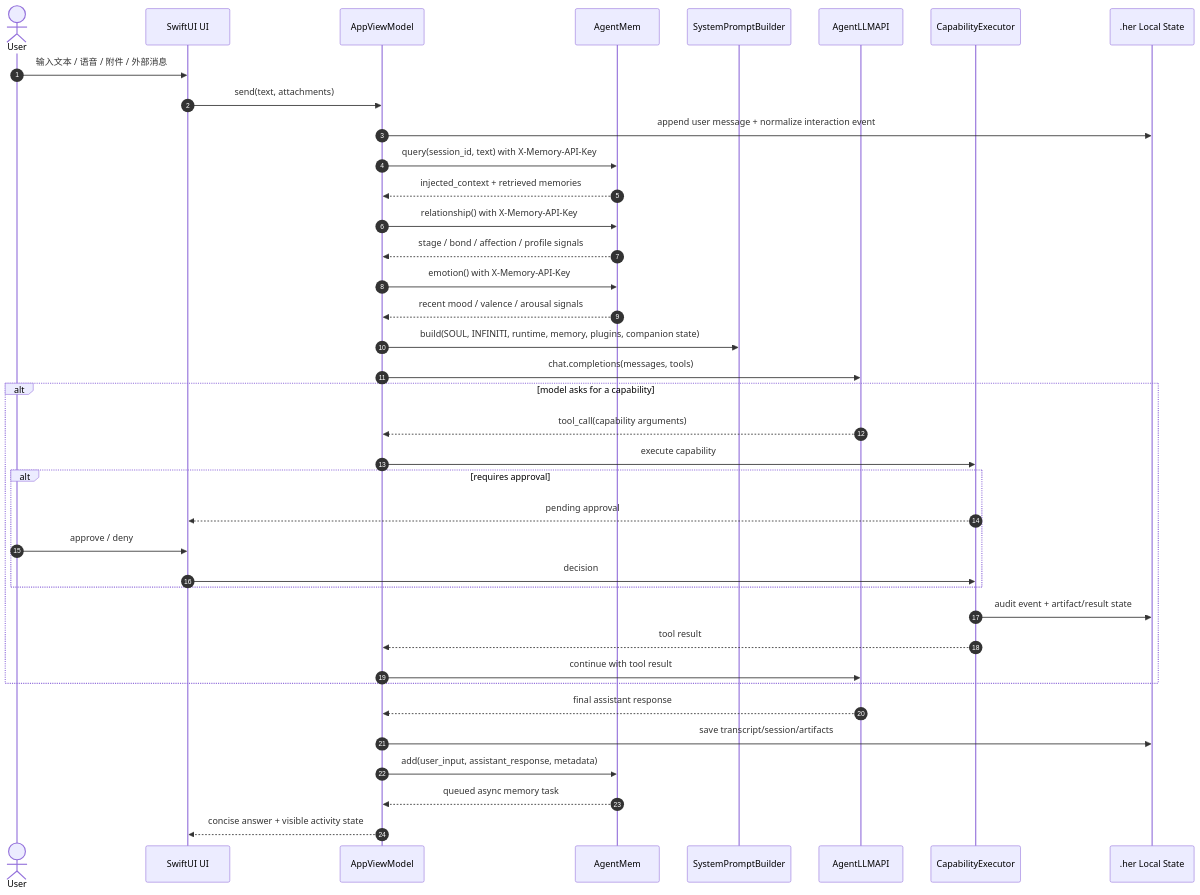
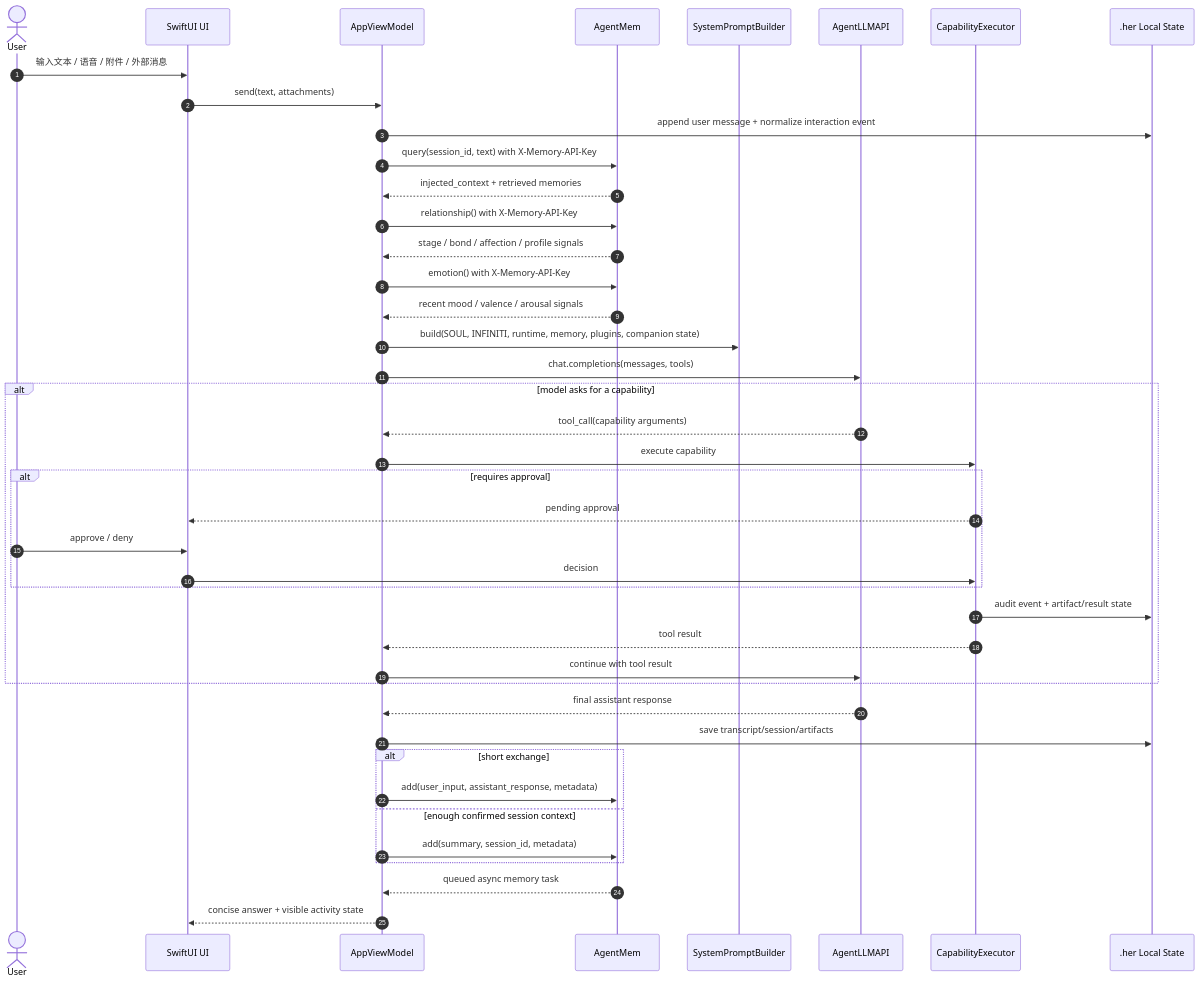
Before and after one commit to stelee410/her-desktop: the sixth of 7 diagrams in docs/her-desktop-architecture.md, drawn with Mermaid. The commit also changed 12 other files, not shown here.

Commit message:
Align AgentMem V7 summary writebacks

````diff
--- a/docs/her-desktop-architecture.md
+++ b/docs/her-desktop-architecture.md
@@ -332,41 +332,45 @@
 ```mermaid
 sequenceDiagram
     autonumber
     actor U as User
     participant UI as SwiftUI UI
     participant VM as AppViewModel
     participant MEM as AgentMem
     participant PB as SystemPromptBuilder
     participant LLM as AgentLLMAPI
     participant EX as CapabilityExecutor
     participant APP as .her Local State
 
     U->>UI: 输入文本 / 语音 / 附件 / 外部消息
     UI->>VM: send(text, attachments)
     VM->>APP: append user message + normalize interaction event
     VM->>MEM: query(session_id, text) with X-Memory-API-Key
     MEM-->>VM: injected_context + retrieved memories
     VM->>MEM: relationship() with X-Memory-API-Key
     MEM-->>VM: stage / bond / affection / profile signals
     VM->>MEM: emotion() with X-Memory-API-Key
     MEM-->>VM: recent mood / valence / arousal signals
     VM->>PB: build(SOUL, INFINITI, runtime, memory, plugins, companion state)
     VM->>LLM: chat.completions(messages, tools)
     alt model asks for a capability
         LLM-->>VM: tool_call(capability arguments)
         VM->>EX: execute capability
         alt requires approval
             EX-->>UI: pending approval
             U->>UI: approve / deny
             UI->>EX: decision
         end
         EX->>APP: audit event + artifact/result state
         EX-->>VM: tool result
         VM->>LLM: continue with tool result
     end
     LLM-->>VM: final assistant response
     VM->>APP: save transcript/session/artifacts
-    VM->>MEM: add(user_input, assistant_response, metadata)
+    alt short exchange
+        VM->>MEM: add(user_input, assistant_response, metadata)
+    else enough confirmed session context
+        VM->>MEM: add(summary, session_id, metadata)
+    end
     MEM-->>VM: queued async memory task
     VM-->>UI: concise answer + visible activity state
 ```
````
